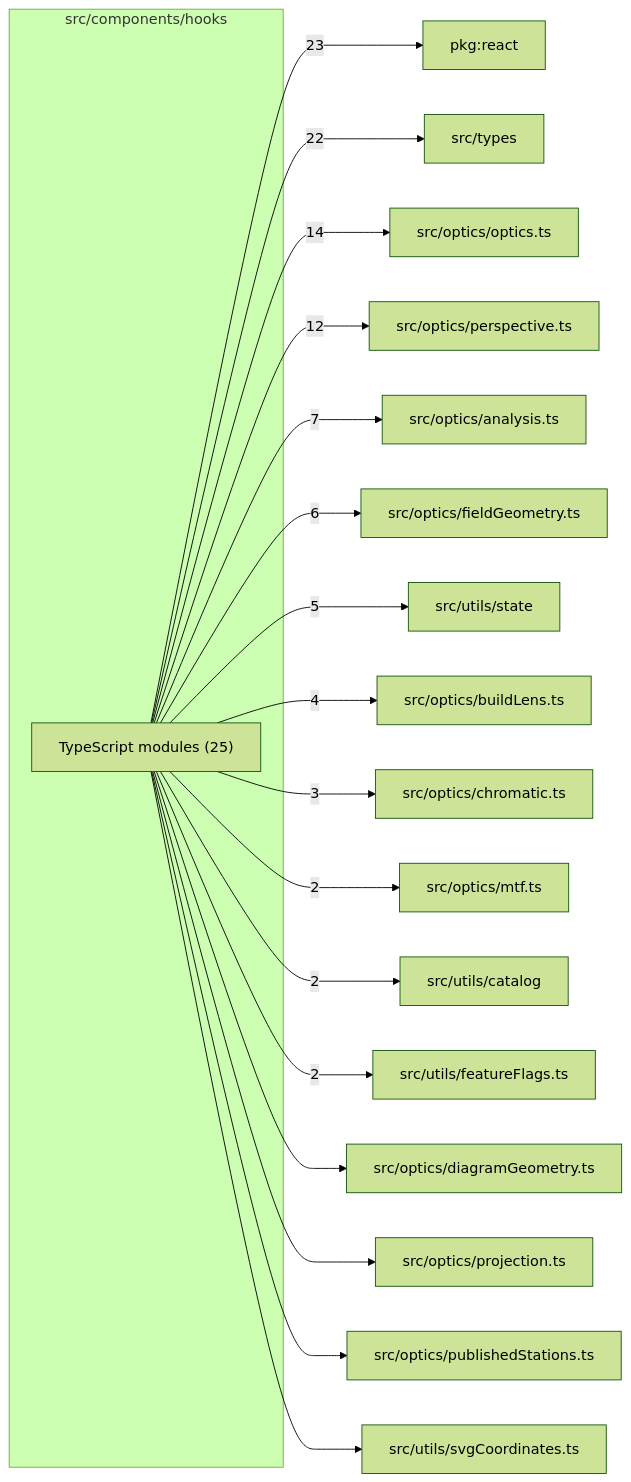
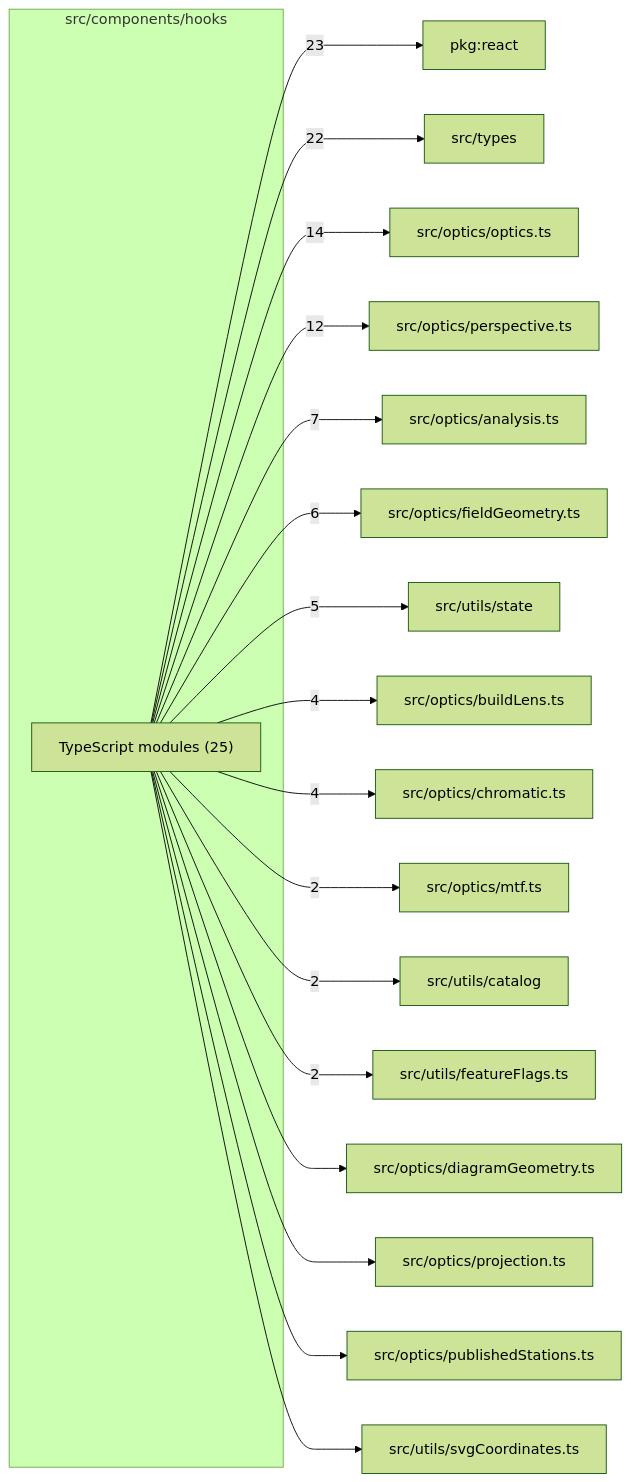
The diagram in src/components/hooks/readme.md (ronbuening/LensVisualizer), drawn with Mermaid (forest theme) before and after one commit. The commit also changed other lines of this file and 6 other files, not shown here.

````diff
--- a/src/components/hooks/readme.md
+++ b/src/components/hooks/readme.md
@@ -9,38 +9,38 @@
 ```mermaid
 flowchart LR
   subgraph n_src_components_hooks["src/components/hooks"]
     n_src_components_hooks_TypeScript_modules["TypeScript modules (25)"]
   end
   n_external_pkg_react["pkg:react"]
   n_external_src_types["src/types"]
   n_external_src_optics_optics_ts["src/optics/optics.ts"]
   n_external_src_optics_perspective_ts["src/optics/perspective.ts"]
   n_external_src_optics_analysis_ts["src/optics/analysis.ts"]
   n_external_src_optics_fieldGeometry_ts["src/optics/fieldGeometry.ts"]
   n_external_src_utils_state["src/utils/state"]
   n_external_src_optics_buildLens_ts["src/optics/buildLens.ts"]
   n_external_src_optics_chromatic_ts["src/optics/chromatic.ts"]
   n_external_src_optics_mtf_ts["src/optics/mtf.ts"]
   n_external_src_utils_catalog["src/utils/catalog"]
   n_external_src_utils_featureFlags_ts["src/utils/featureFlags.ts"]
   n_external_src_optics_diagramGeometry_ts["src/optics/diagramGeometry.ts"]
   n_external_src_optics_projection_ts["src/optics/projection.ts"]
   n_external_src_optics_publishedStations_ts["src/optics/publishedStations.ts"]
   n_external_src_utils_svgCoordinates_ts["src/utils/svgCoordinates.ts"]
   n_src_components_hooks_TypeScript_modules --> |23| n_external_pkg_react
   n_src_components_hooks_TypeScript_modules --> |22| n_external_src_types
   n_src_components_hooks_TypeScript_modules --> |14| n_external_src_optics_optics_ts
   n_src_components_hooks_TypeScript_modules --> |12| n_external_src_optics_perspective_ts
   n_src_components_hooks_TypeScript_modules --> |7| n_external_src_optics_analysis_ts
   n_src_components_hooks_TypeScript_modules --> |6| n_external_src_optics_fieldGeometry_ts
   n_src_components_hooks_TypeScript_modules --> |5| n_external_src_utils_state
   n_src_components_hooks_TypeScript_modules --> |4| n_external_src_optics_buildLens_ts
-  n_src_components_hooks_TypeScript_modules --> |3| n_external_src_optics_chromatic_ts
+  n_src_components_hooks_TypeScript_modules --> |4| n_external_src_optics_chromatic_ts
   n_src_components_hooks_TypeScript_modules --> |2| n_external_src_optics_mtf_ts
   n_src_components_hooks_TypeScript_modules --> |2| n_external_src_utils_catalog
   n_src_components_hooks_TypeScript_modules --> |2| n_external_src_utils_featureFlags_ts
   n_src_components_hooks_TypeScript_modules --> n_external_src_optics_diagramGeometry_ts
   n_src_components_hooks_TypeScript_modules --> n_external_src_optics_projection_ts
   n_src_components_hooks_TypeScript_modules --> n_external_src_optics_publishedStations_ts
   n_src_components_hooks_TypeScript_modules --> n_external_src_utils_svgCoordinates_ts
 ```
````
